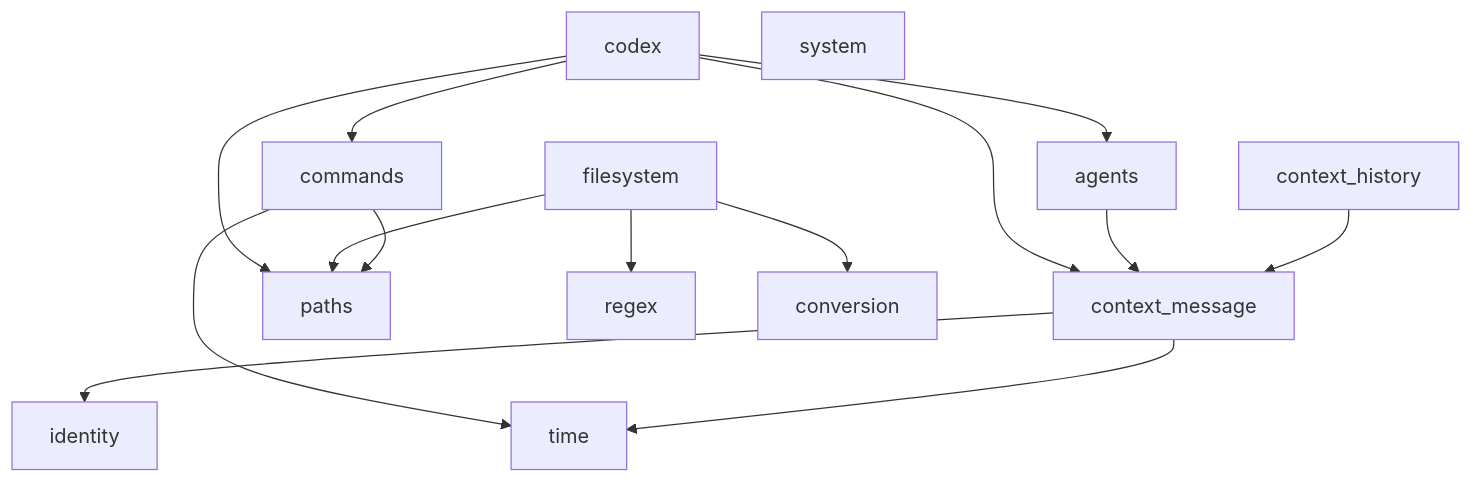
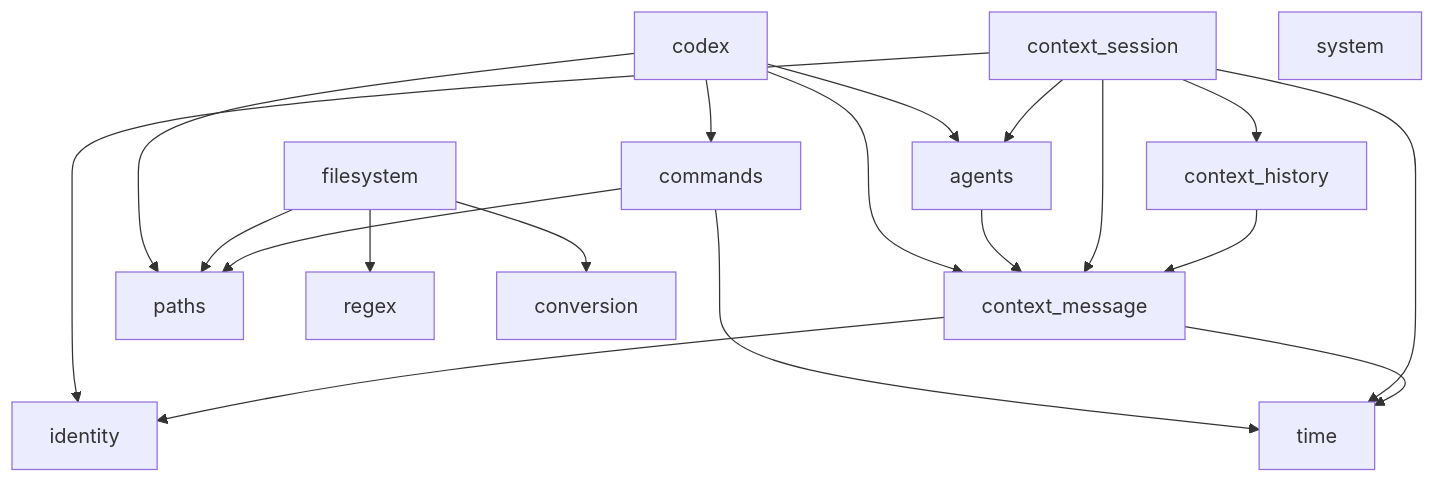
Before and after one commit to asmith662/devtools: the diagram in docs/architecture.md, drawn with Mermaid. The commit also changed other lines of this file and 11 other files, not shown here.

````diff
--- a/docs/architecture.md
+++ b/docs/architecture.md
@@ -46,23 +47,28 @@
 ```mermaid
 graph TD
     context_message --> identity
     context_message --> time
     context_history --> context_message
+    context_session --> context_message
+    context_session --> context_history
+    context_session --> identity
+    context_session --> time
+    context_session --> agents
 
     commands --> paths
     commands --> time
 
     filesystem --> paths
     filesystem --> regex
     filesystem --> conversion
 
     agents --> context_message
 
     codex --> agents
     codex --> context_message
     codex --> commands
     codex --> paths
 
     identity
     system
 ```
````
